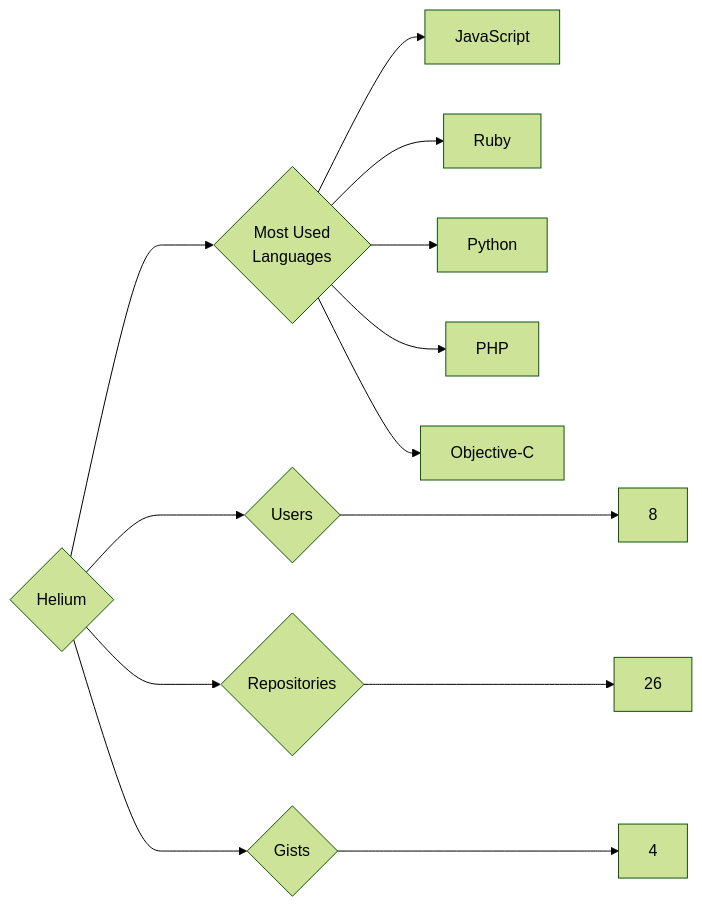
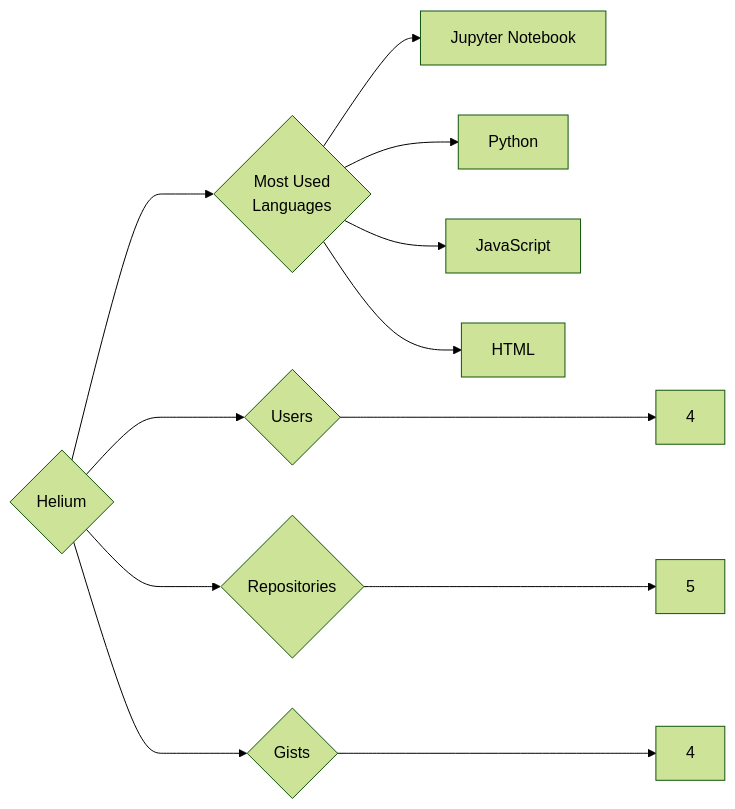
Before and after one commit to trickest/insiders: the diagram in targets/Helium/README.md, drawn with Mermaid (forest theme). The commit also changed 1123 other files, not shown here.

````diff
--- a/targets/Helium/README.md
+++ b/targets/Helium/README.md
@@ -3,13 +3,12 @@
 ```mermaid
 graph LR
 COMPANY_NAME{Helium}
-COMPANY_NAME ---> U{Users} ---> UN[8]
-COMPANY_NAME ---> R{Repositories} ---> RN[26]
+COMPANY_NAME ---> U{Users} ---> UN[4]
+COMPANY_NAME ---> R{Repositories} ---> RN[5]
 COMPANY_NAME ---> G{Gists} ---> GN[4]
 COMPANY_NAME ---> ML{Most Used<br>Languages}
+ML --> Jupyter_Notebook[Jupyter Notebook]
+ML --> Python[Python]
 ML --> JavaScript[JavaScript]
-ML --> Ruby[Ruby]
-ML --> Python[Python]
-ML --> PHP[PHP]
-ML --> Objective-C[Objective-C]
+ML --> HTML[HTML]
 ```
````
